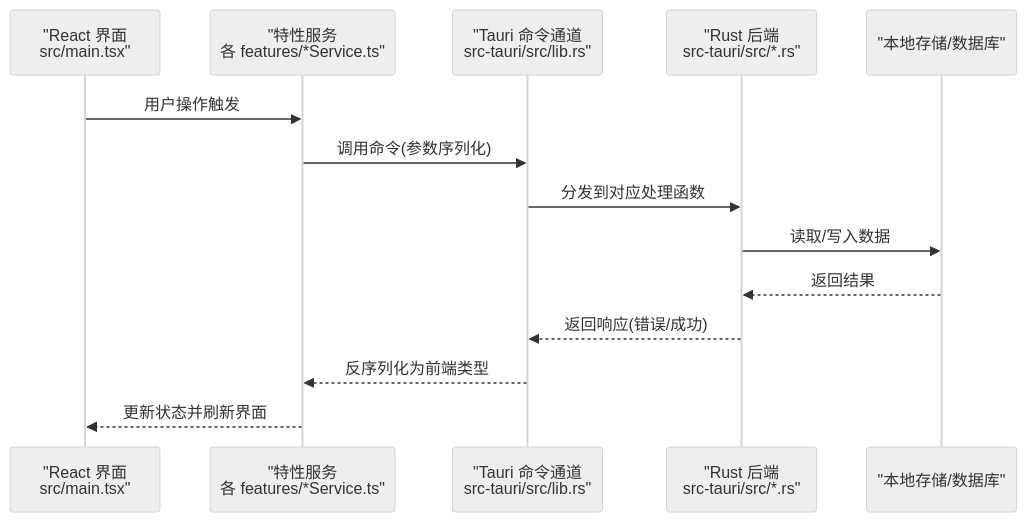
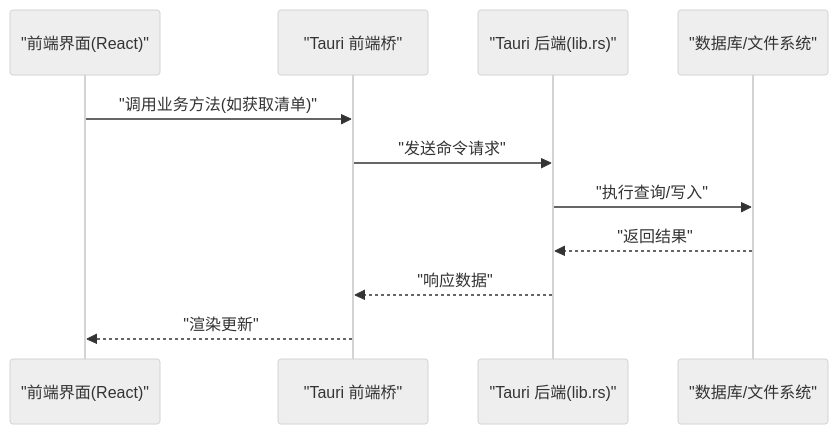
Before and after one commit to gzdxhujiale/FishWorker: the second of 6 diagrams in .qoder/repowiki/zh/content/项目概述/项目概述.md, drawn with Mermaid (neutral theme). The commit also changed other lines of this file and 238 other files, not shown here.

````diff
--- a/.qoder/repowiki/zh/content/项目概述/项目概述.md
+++ b/.qoder/repowiki/zh/content/项目概述/项目概述.md
@@ -156,16 +147,13 @@
 ```mermaid
 sequenceDiagram
-participant UI as "React 界面<br/>src/main.tsx"
-participant Feature as "特性服务<br/>各 features/*Service.ts"
-participant Tauri as "Tauri 命令通道<br/>src-tauri/src/lib.rs"
-participant Backend as "Rust 后端<br/>src-tauri/src/*.rs"
-participant Store as "本地存储/数据库"
-UI->>Feature : 用户操作触发
-Feature->>Tauri : 调用命令(参数序列化)
-Tauri->>Backend : 分发到对应处理函数
-Backend->>Store : 读取/写入数据
-Store-->>Backend : 返回结果
-Backend-->>Tauri : 返回响应(错误/成功)
-Tauri-->>Feature : 反序列化为前端类型
-Feature-->>UI : 更新状态并刷新界面
+participant UI as "前端界面(React)"
+participant TauriJS as "Tauri 前端桥"
+participant TauriRS as "Tauri 后端(lib.rs)"
+participant DB as "数据库/文件系统"
+UI->>TauriJS : "调用业务方法(如获取清单)"
+TauriJS->>TauriRS : "发送命令请求"
+TauriRS->>DB : "执行查询/写入"
+DB-->>TauriRS : "返回结果"
+TauriRS-->>TauriJS : "响应数据"
+TauriJS-->>UI : "渲染更新"
 ```
````
